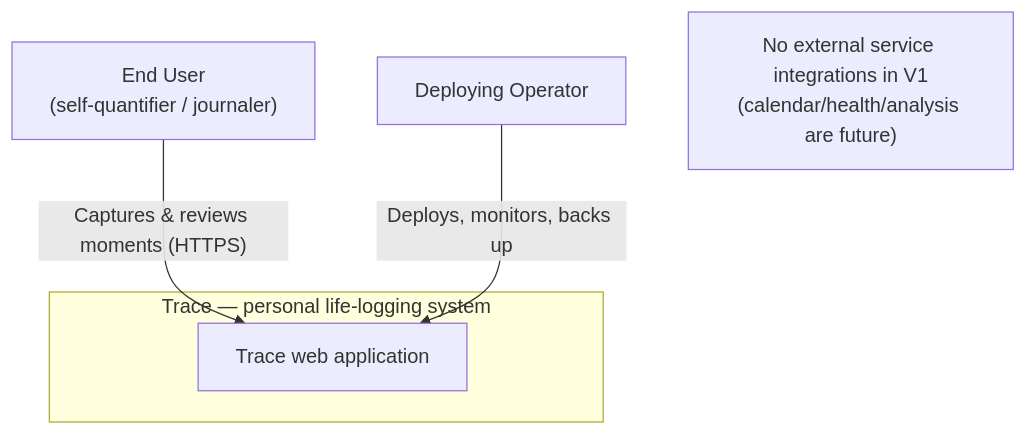
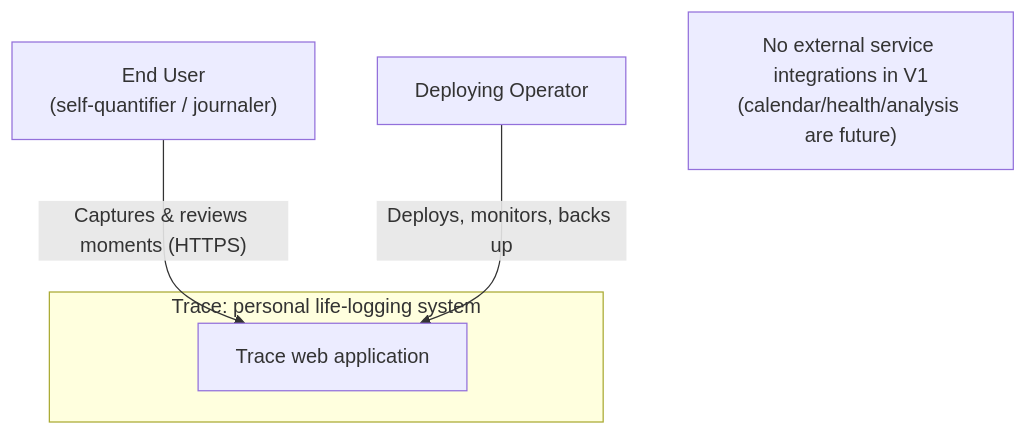
One commit to ahmedmshazly/trace-app changed the first of 4 diagrams in docs/02-architecture/c4-model.md. Above: the diagram before and after it, drawn with Mermaid. The commit also changed other lines of this file and 78 other files, not shown here.

````diff
--- a/docs/02-architecture/c4-model.md
+++ b/docs/02-architecture/c4-model.md
@@ -15,15 +15,15 @@
 ```mermaid
 flowchart TB
     user["End User<br/>(self-quantifier / journaler)"]
     operator["Deploying Operator"]
 
-    subgraph trace["Trace — personal life-logging system"]
+    subgraph trace["Trace: personal life-logging system"]
         sys["Trace web application"]
     end
 
     user -->|"Captures & reviews moments (HTTPS)"| sys
     operator -->|"Deploys, monitors, backs up"| sys
 
     %% V1 has no external integrations by design
     note["No external service integrations in V1<br/>(calendar/health/analysis are future)"]
 ```
````
